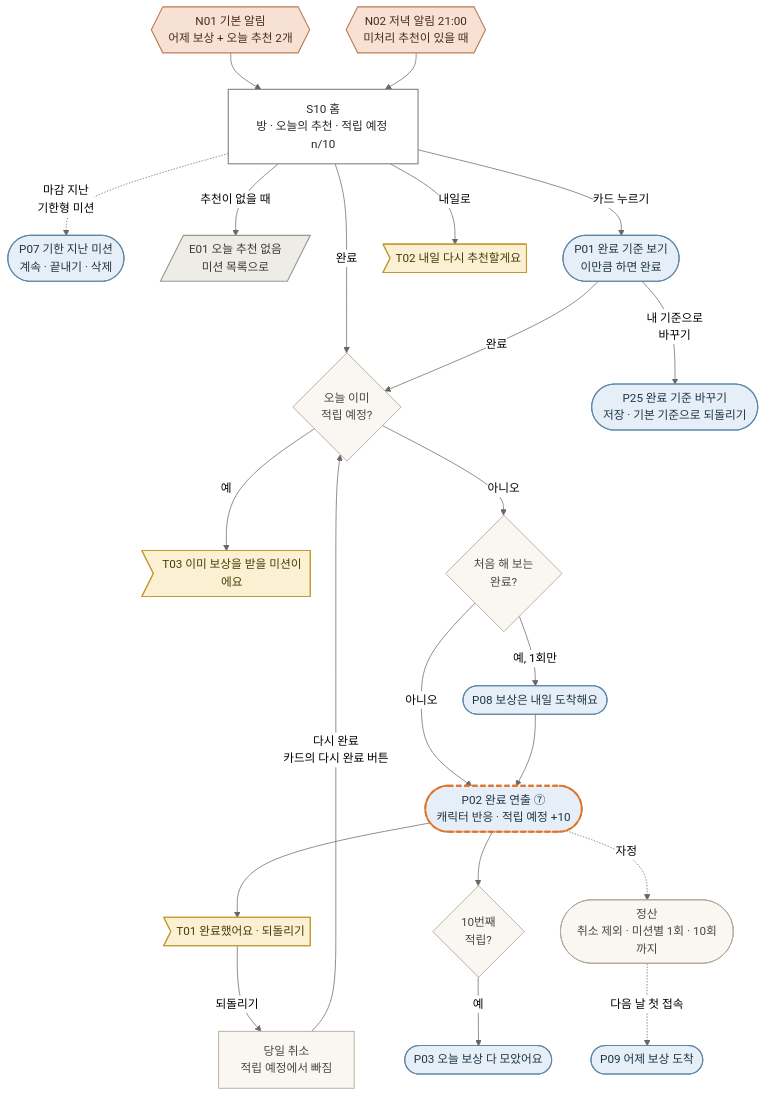
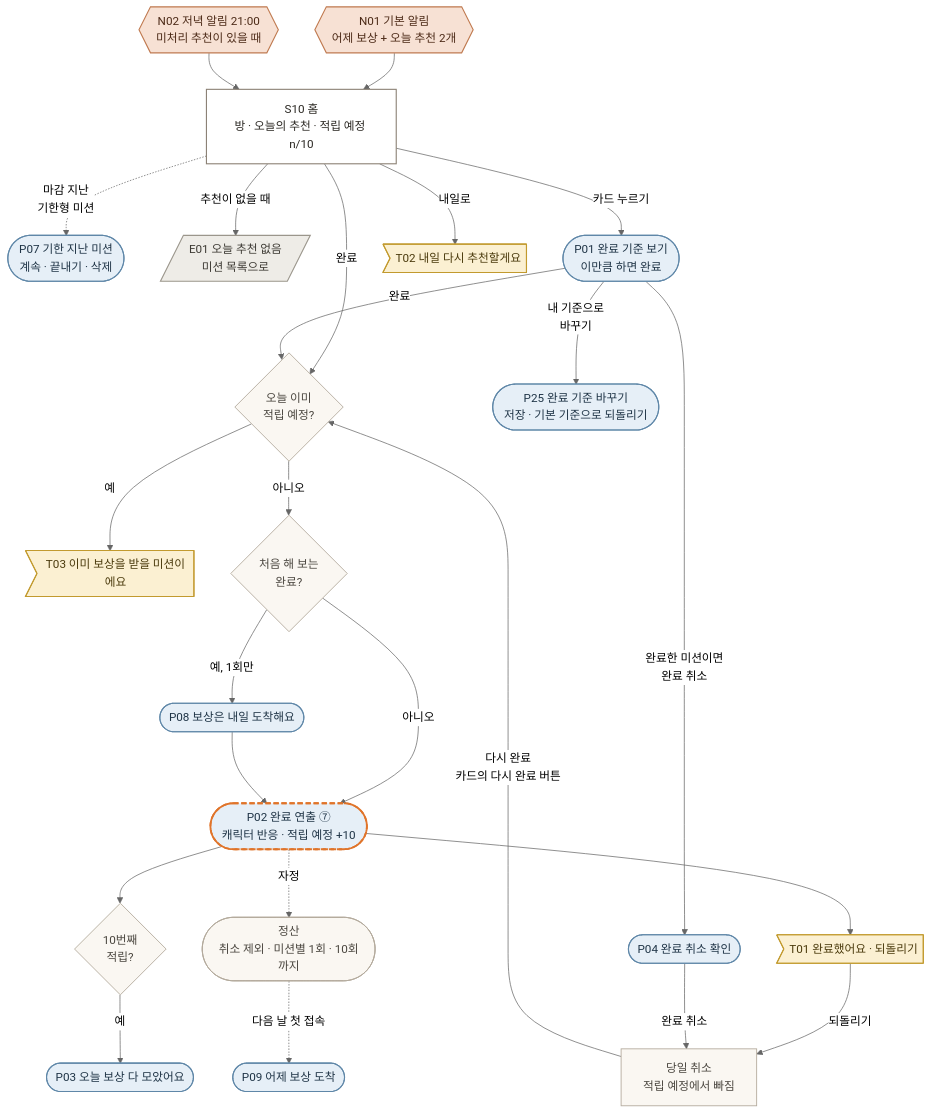
Before and after one commit to rebi13/taketoday: the third of 7 diagrams in docs/screen-flow.md, drawn with Mermaid (neutral theme). The commit also changed other lines of this file and 7 other files, not shown here.

````diff
--- a/docs/screen-flow.md
+++ b/docs/screen-flow.md
@@ -112,35 +112,37 @@
 ```mermaid
 flowchart TD
   N01{{"N01 기본 알림<br>어제 보상 + 오늘 추천 2개"}}:::push --> S10
   N02{{"N02 저녁 알림 21:00<br>미처리 추천이 있을 때"}}:::push --> S10
   S10["S10 홈<br>방 · 오늘의 추천 · 적립 예정 n/10"]:::screen
   S10 -. "마감 지난<br>기한형 미션" .-> P07(["P07 기한 지난 미션<br>계속 · 끝내기 · 삭제"]):::pop
   S10 -- "추천이 없을 때" --> E01[/"E01 오늘 추천 없음<br>미션 목록으로"/]:::empty
   S10 -- "카드 누르기" --> P01(["P01 완료 기준 보기<br>이만큼 하면 완료"]):::pop
   S10 -- "완료" --> dup{"오늘 이미<br>적립 예정?"}:::q
   P01 -- "완료" --> dup
   P01 -- "내 기준으로<br>바꾸기" --> P25(["P25 완료 기준 바꾸기<br>저장 · 기본 기준으로 되돌리기"]):::pop
   S10 -- "내일로" --> T02>"T02 내일 다시 추천할게요"]:::toast
   dup -- "예" --> T03>"T03 이미 보상을 받을 미션이에요"]:::toast
   dup -- "아니오" --> first{"처음 해 보는<br>완료?"}:::q
   first -- "예, 1회만" --> P08(["P08 보상은 내일 도착해요"]):::pop
   first -- "아니오" --> P02
   P08 --> P02(["P02 완료 연출 ⑦<br>캐릭터 반응 · 적립 예정 +10"]):::dP
   P02 --> T01>"T01 완료했어요 · 되돌리기"]:::toast
   T01 -- "되돌리기" --> undo["당일 취소<br>적립 예정에서 빠짐"]:::q
+  P01 -- "완료한 미션이면<br>완료 취소" --> P04h(["P04 완료 취소 확인"]):::pop
+  P04h -- "완료 취소" --> undo
   undo -- "다시 완료<br>카드의 다시 완료 버튼" --> dup
   P02 --> ten{"10번째<br>적립?"}:::q
   ten -- "예" --> P03(["P03 오늘 보상 다 모았어요"]):::pop
   P02 -. "자정" .-> mid(["정산<br>취소 제외 · 미션별 1회 · 10회까지"]):::q
   mid -. "다음 날 첫 접속" .-> P09(["P09 어제 보상 도착"]):::pop
 
 classDef screen fill:#ffffff,stroke:#8b8174,stroke-width:1.5px,color:#2b2823
 classDef pop fill:#e6eff7,stroke:#5f87a8,stroke-width:1.5px,color:#1f3446
 classDef toast fill:#fbf0d2,stroke:#c29a2e,stroke-width:1.5px,color:#4a3a0c
 classDef push fill:#f7e1d4,stroke:#c07a50,stroke-width:1.5px,color:#4c2a17
 classDef empty fill:#eeece7,stroke:#9b968c,stroke-width:1.5px,color:#3d3a34
 classDef q fill:#faf7f2,stroke:#b3aa9c,stroke-width:1.2px,color:#4a463f
 classDef sys fill:#e9e6f2,stroke:#7c74a6,stroke-width:1.5px,color:#2c2747
 classDef dS fill:#ffffff,stroke:#e0742a,stroke-width:2.5px,stroke-dasharray:7 4,color:#2b2823
 classDef dP fill:#e6eff7,stroke:#e0742a,stroke-width:2.5px,stroke-dasharray:7 4,color:#1f3446
 ```
````
